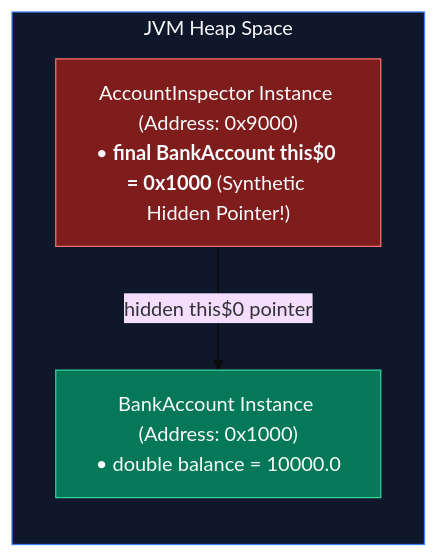
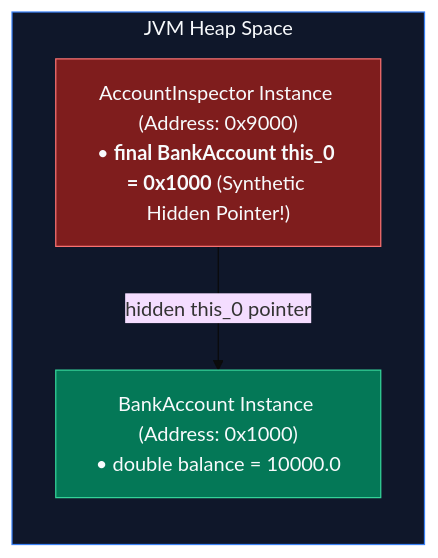
One commit to ravishankar2463/java_hub changed the second of 3 diagrams in content/roadmap/level-1/advanced-class-design.md. Above: the diagram before and after it, drawn with Mermaid (base theme). The commit also changed other lines of this file and 18 other files, not shown here.

````diff
--- a/content/roadmap/level-1/advanced-class-design.md
+++ b/content/roadmap/level-1/advanced-class-design.md
@@ -112,13 +112,13 @@
 ```mermaid
 flowchart LR
     subgraph HeapMemory ["JVM Heap Space"]
         OuterObj["BankAccount Instance (Address: 0x1000)<br/>• double balance = 10000.0"]
-        InnerObj["AccountInspector Instance (Address: 0x9000)<br/>• <b>final BankAccount this$0 = 0x1000</b> (Synthetic Hidden Pointer!)"]
+        InnerObj["AccountInspector Instance (Address: 0x9000)<br/>• <b>final BankAccount this_0 = 0x1000</b> (Synthetic Hidden Pointer!)"]
     end
 
-    InnerObj -->|"hidden this$0 pointer"| OuterObj
+    InnerObj -->|"hidden this_0 pointer"| OuterObj
 
     style HeapMemory fill:#0f172a,stroke:#3b82f6,color:#f8fafc
     style OuterObj fill:#047857,stroke:#34d399,color:#f8fafc
     style InnerObj fill:#7f1d1d,stroke:#f87171,color:#f8fafc
 ```
````
